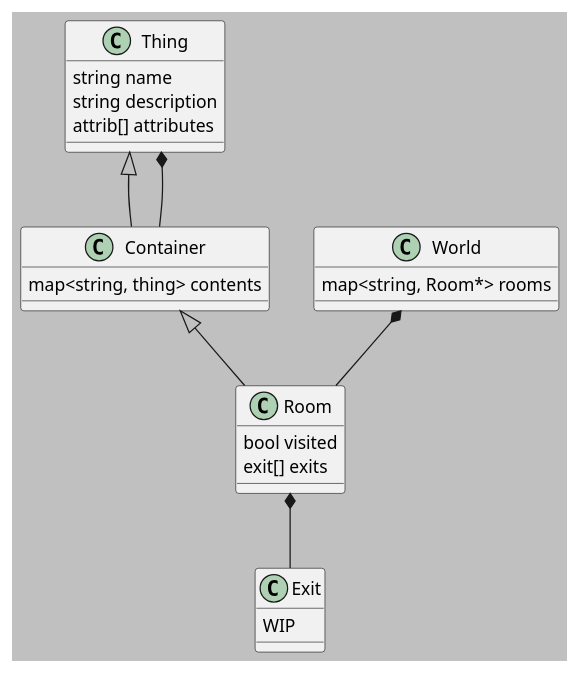
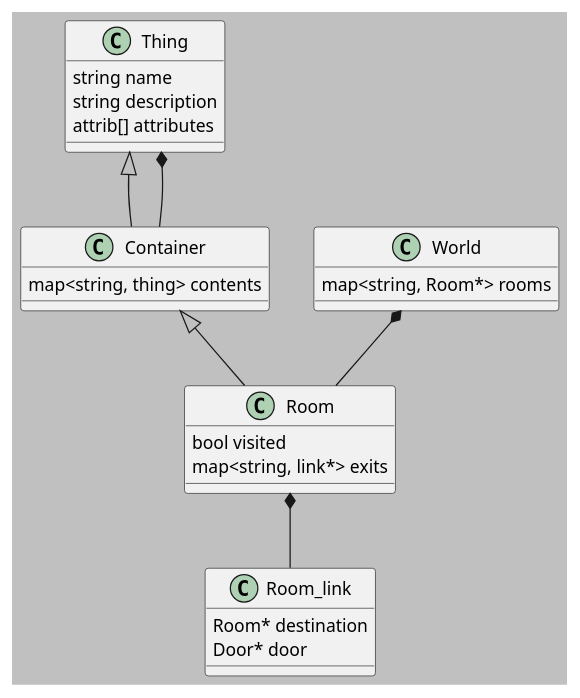
Before and after one commit to jinnturtle/ifinterp_experiments: the diagram in DEV/puml_src/things.puml, drawn with PlantUML. The commit also changed 4 other files, not shown here.

```diff
--- a/DEV/puml_src/things.puml
+++ b/DEV/puml_src/things.puml
@@ -1,37 +1,37 @@
 @startuml
 
 skinparam backgroundColor #c0c0c0
 
 class Thing {
         string name
         string description
         attrib[] attributes
 }
 
 class Container {
         map<string, thing> contents
 }
 
 class Room {
         bool visited
-        exit[] exits
+        map<string, link*> exits
 }
 
 Thing <|-- Container
 Thing *-- Container
 Container <|-- Room
-Room *-- Exit
+Room *-- Room_link
 
 class World {
         map<string, Room*> rooms
 
 }
 
 World *-- Room
 
-class Exit {
-        WIP
+class Room_link {
+        Room* destination
+        Door* door
 }
 
-
 @enduml
```
